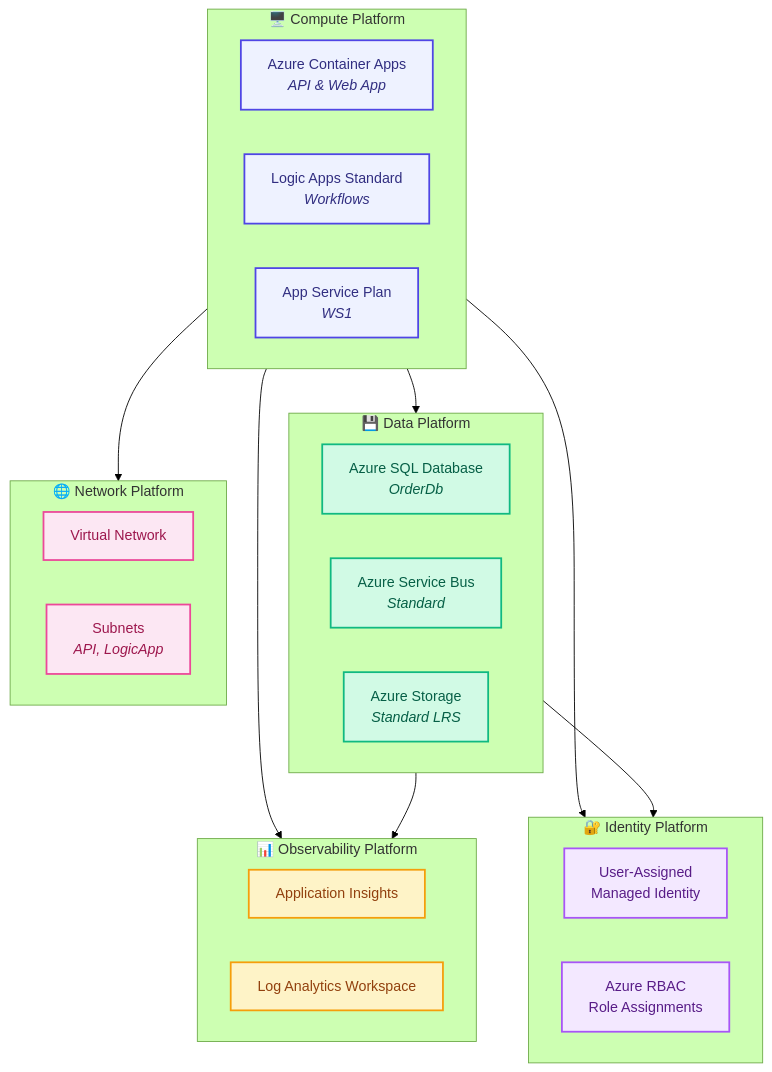
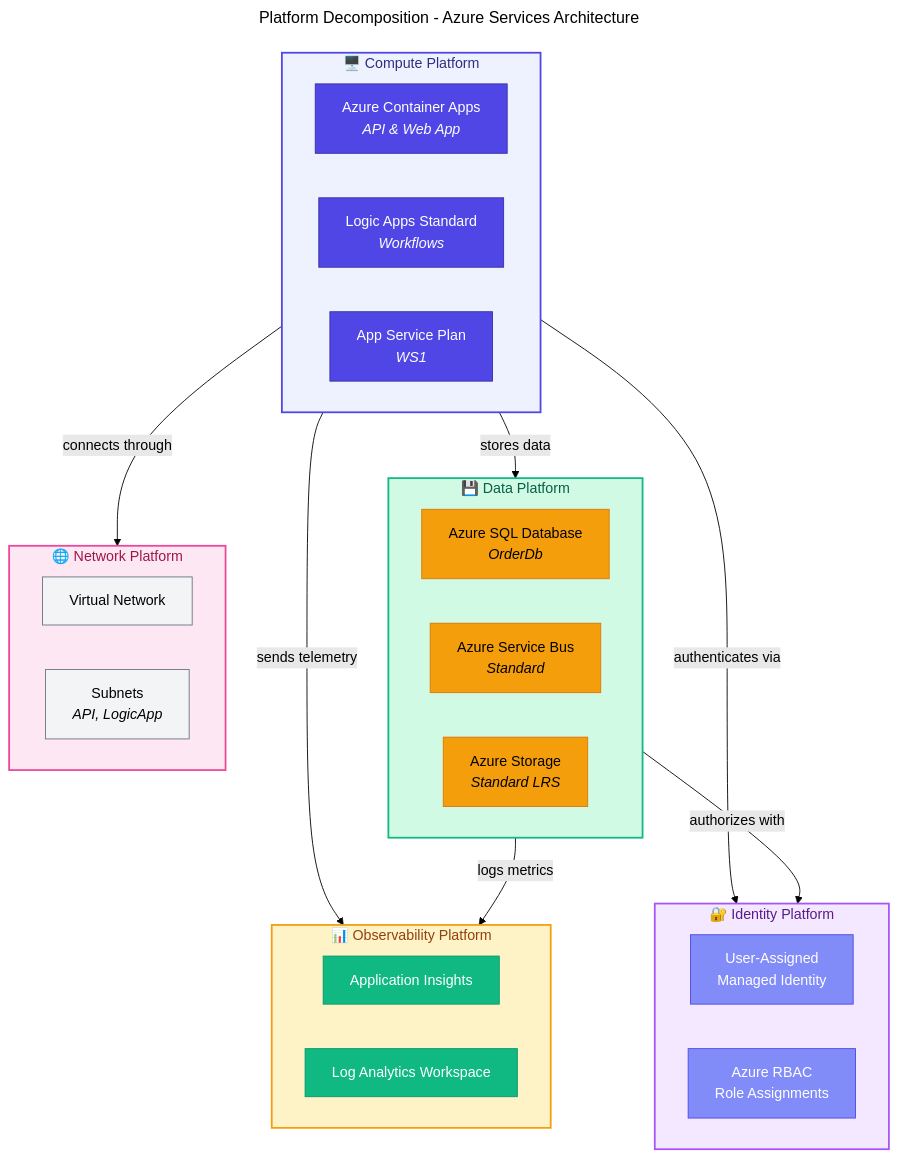
Before and after one commit to Evilazaro/Azure-LogicApps-Monitoring: the first of 2 diagrams in docs/architecture/04-technology-architecture.md, drawn with Mermaid (forest theme). The commit also changed other lines of this file, not shown here.

Commit message:
docs: Add titles and enhance styling for mermaid diagrams in technology architecture documentation for improved clarity and organization

````diff
--- a/docs/architecture/04-technology-architecture.md
+++ b/docs/architecture/04-technology-architecture.md
@@ -58,51 +58,60 @@
 ```mermaid
+---
+title: Platform Decomposition - Azure Services Architecture
+---
 flowchart TB
-    %% Platform Decomposition - Azure platform services architecture
+    %% ===== CLASS DEFINITIONS =====
+    classDef primary fill:#4F46E5,stroke:#3730A3,color:#FFFFFF
+    classDef secondary fill:#10B981,stroke:#059669,color:#FFFFFF
+    classDef datastore fill:#F59E0B,stroke:#D97706,color:#000000
+    classDef external fill:#6B7280,stroke:#4B5563,color:#FFFFFF,stroke-dasharray: 5 5
+    classDef failed fill:#F44336,stroke:#C62828,color:#FFFFFF
+    classDef trigger fill:#818CF8,stroke:#4F46E5,color:#FFFFFF
+    classDef decision fill:#FFFBEB,stroke:#F59E0B,color:#000000
+    classDef input fill:#F3F4F6,stroke:#6B7280,color:#000000
+
+    %% ===== COMPUTE PLATFORM =====
     subgraph Compute["🖥️ Compute Platform"]
-        ACA["Azure Container Apps<br/><i>API & Web App</i>"]
-        LA["Logic Apps Standard<br/><i>Workflows</i>"]
-        ASP["App Service Plan<br/><i>WS1</i>"]
+        ACA["Azure Container Apps<br/><i>API & Web App</i>"]:::primary
+        LA["Logic Apps Standard<br/><i>Workflows</i>"]:::primary
+        ASP["App Service Plan<br/><i>WS1</i>"]:::primary
     end
+    style Compute fill:#EEF2FF,stroke:#4F46E5,stroke-width:2px,color:#312E81
 
+    %% ===== DATA PLATFORM =====
     subgraph Data["💾 Data Platform"]
-        SQL["Azure SQL Database<br/><i>OrderDb</i>"]
-        SB["Azure Service Bus<br/><i>Standard</i>"]
-        Storage["Azure Storage<br/><i>Standard LRS</i>"]
+        SQL["Azure SQL Database<br/><i>OrderDb</i>"]:::datastore
+        SB["Azure Service Bus<br/><i>Standard</i>"]:::datastore
+        Storage["Azure Storage<br/><i>Standard LRS</i>"]:::datastore
     end
+    style Data fill:#D1FAE5,stroke:#10B981,stroke-width:2px,color:#065F46
 
+    %% ===== OBSERVABILITY PLATFORM =====
     subgraph Observability["📊 Observability Platform"]
-        AI["Application Insights"]
-        LAW["Log Analytics Workspace"]
+        AI["Application Insights"]:::secondary
+        LAW["Log Analytics Workspace"]:::secondary
     end
+    style Observability fill:#FEF3C7,stroke:#F59E0B,stroke-width:2px,color:#92400E
 
+    %% ===== IDENTITY PLATFORM =====
     subgraph Identity["🔐 Identity Platform"]
-        MI["User-Assigned<br/>Managed Identity"]
-        RBAC["Azure RBAC<br/>Role Assignments"]
+        MI["User-Assigned<br/>Managed Identity"]:::trigger
+        RBAC["Azure RBAC<br/>Role Assignments"]:::trigger
     end
+    style Identity fill:#F3E8FF,stroke:#A855F7,stroke-width:2px,color:#581C87
 
+    %% ===== NETWORK PLATFORM =====
     subgraph Network["🌐 Network Platform"]
-        VNet["Virtual Network"]
-        Subnets["Subnets<br/><i>API, LogicApp</i>"]
+        VNet["Virtual Network"]:::input
+        Subnets["Subnets<br/><i>API, LogicApp</i>"]:::input
     end
+    style Network fill:#FCE7F3,stroke:#EC4899,stroke-width:2px,color:#9D174D
 
-    %% Platform dependencies
-    Compute --> Data
-    Compute --> Observability
-    Compute --> Identity
-    Data --> Observability
-    Data --> Identity
-    Compute --> Network
-
-    %% Modern color palette - WCAG AA compliant
-    classDef compute fill:#EEF2FF,stroke:#4F46E5,stroke-width:2px,color:#312E81
-    classDef data fill:#D1FAE5,stroke:#10B981,stroke-width:2px,color:#065F46
-    classDef observe fill:#FEF3C7,stroke:#F59E0B,stroke-width:2px,color:#92400E
-    classDef identity fill:#F3E8FF,stroke:#A855F7,stroke-width:2px,color:#581C87
-    classDef network fill:#FCE7F3,stroke:#EC4899,stroke-width:2px,color:#9D174D
-
-    class ACA,LA,ASP compute
-    class SQL,SB,Storage data
-    class AI,LAW observe
-    class MI,RBAC identity
-    class VNet,Subnets network
+    %% ===== PLATFORM DEPENDENCIES =====
+    Compute -->|"stores data"| Data
+    Compute -->|"sends telemetry"| Observability
+    Compute -->|"authenticates via"| Identity
+    Data -->|"logs metrics"| Observability
+    Data -->|"authorizes with"| Identity
+    Compute -->|"connects through"| Network
 ```
````
